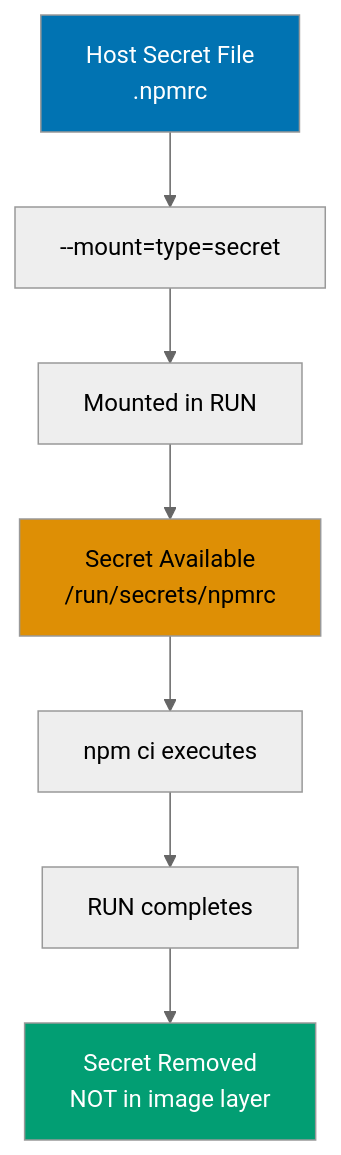
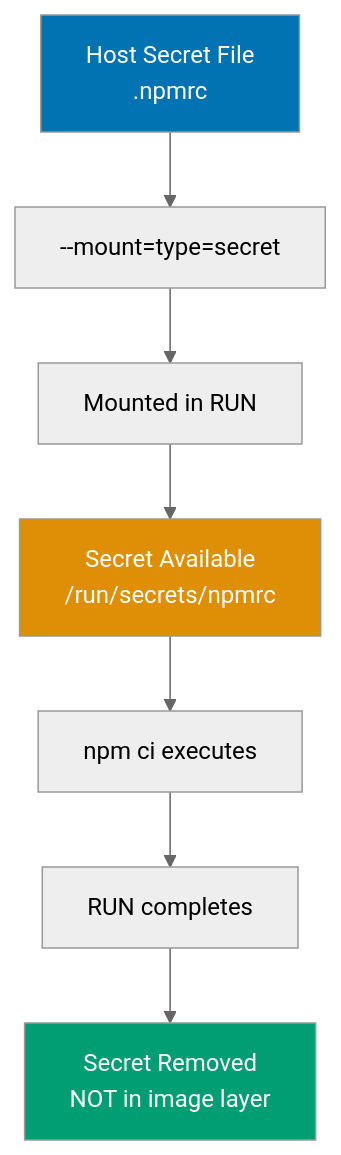
The third of 11 diagrams in apps/ayokoding-web/content/en/learn/software-engineering/infrastructure/tools/docker/by-example/intermediate.md (wahidyankf/open-sharia-enterprise), drawn with Mermaid (neutral theme) before and after one commit. The commit also changed other lines of this file and 61 other files, not shown here.

First line of the commit message:
fix(ayokoding-web): quote Mermaid node labels with special characters in Example 63

````diff
--- a/apps/ayokoding-web/content/en/learn/software-engineering/infrastructure/tools/docker/by-example/intermediate.md
+++ b/apps/ayokoding-web/content/en/learn/software-engineering/infrastructure/tools/docker/by-example/intermediate.md
@@ -448,13 +448,13 @@
 ```mermaid
 graph TD
     A["Host Secret File<br/>.npmrc"] --> B["--mount=type=secret"]
     B --> C["Mounted in RUN"]
     C --> D["Secret Available<br/>/run/secrets/npmrc"]
     D --> E["npm ci executes"]
     E --> F["RUN completes"]
     F --> G["Secret Removed<br/>NOT in image layer"]
 
     style A fill:#0173B2,color:#fff
-    style D fill:#DE8F05,color:#000
+    style D fill:#DE8F05,color:#fff
     style G fill:#029E73,color:#fff
 ```
````
